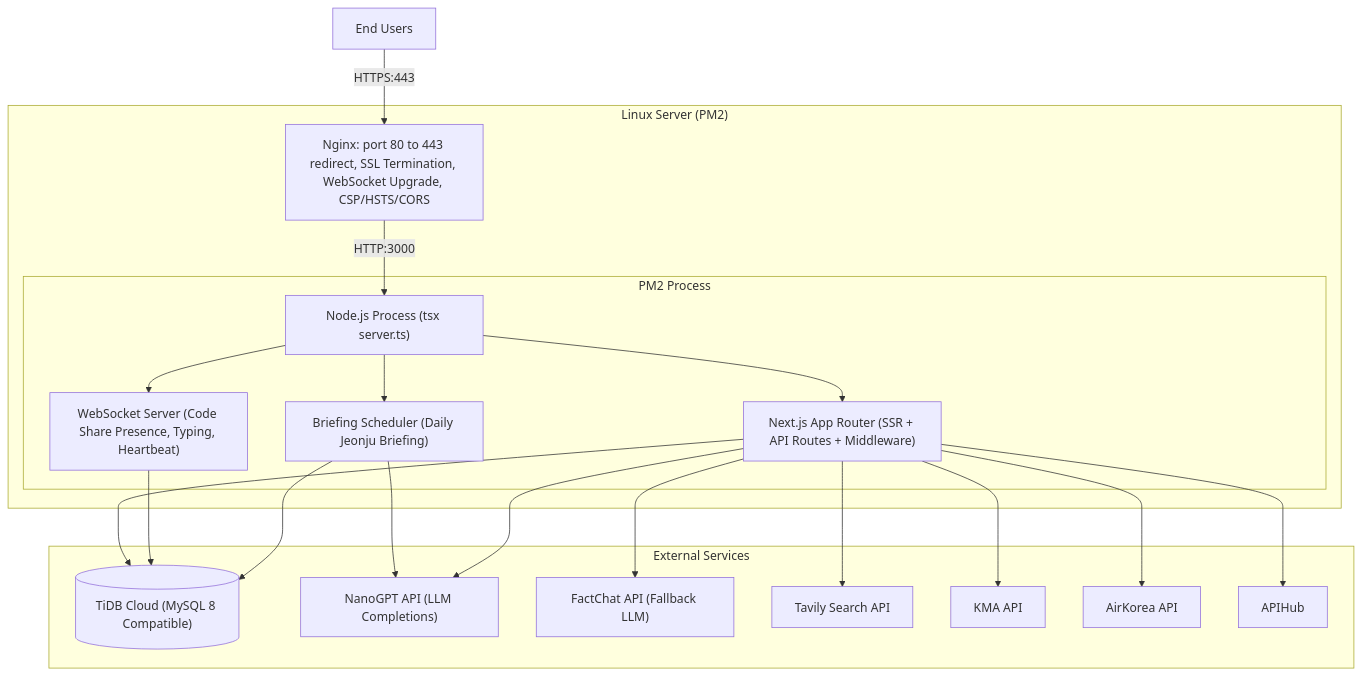
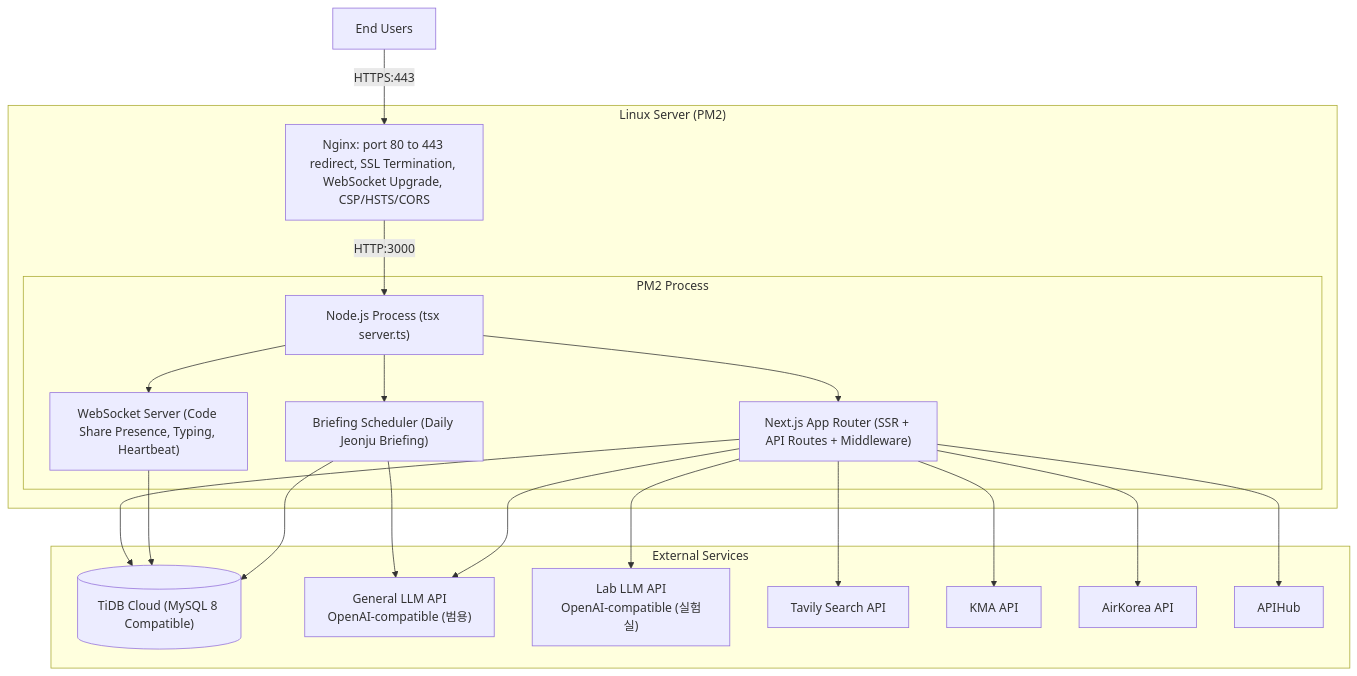
Diagram 14 of 17 in docs/ARCHITECTURE_UML.md (kim0040/Nadeulhae), drawn with Mermaid before and after one commit. The commit also changed other lines of this file and 28 other files, not shown here.

First line of the commit message:
refactor: split LLM into general-llm and lab-llm with OpenAI-compatible core

````diff
--- a/docs/ARCHITECTURE_UML.md
+++ b/docs/ARCHITECTURE_UML.md
@@ -1245,42 +1244,42 @@
 ```mermaid
 graph TB
     USERS["End Users"]
 
     subgraph Server["Linux Server (PM2)"]
         NGINX["Nginx: port 80 to 443 redirect, SSL Termination, WebSocket Upgrade, CSP/HSTS/CORS"]
 
         subgraph PM2["PM2 Process"]
             NODE["Node.js Process (tsx server.ts)"]
             NEXT["Next.js App Router (SSR + API Routes + Middleware)"]
             WS["WebSocket Server (Code Share Presence, Typing, Heartbeat)"]
             SCHEDULER["Briefing Scheduler (Daily Jeonju Briefing)"]
             
             NODE --> NEXT
             NODE --> WS
             NODE --> SCHEDULER
         end
     end
 
     subgraph External["External Services"]
         DB[("TiDB Cloud (MySQL 8 Compatible)")]
-        NANOGPT_EXT["NanoGPT API (LLM Completions)"]
-        FACTCHAT_EXT["FactChat API (Fallback LLM)"]
+        GENERAL_LLM_EXT["General LLM API<br/>OpenAI-compatible (범용)"]
+        LAB_LLM_EXT["Lab LLM API<br/>OpenAI-compatible (실험실)"]
         TAVILY_EXT["Tavily Search API"]
         KMA_EXT["KMA API"]
         AIR_EXT["AirKorea API"]
         APIHUB_EXT["APIHub"]
     end
 
     USERS -- "HTTPS:443" --> NGINX
     NGINX -- "HTTP:3000" --> NODE
     NEXT --> DB
     WS --> DB
-    SCHEDULER --> NANOGPT_EXT
+    SCHEDULER --> GENERAL_LLM_EXT
     SCHEDULER --> DB
-    NEXT --> NANOGPT_EXT
-    NEXT --> FACTCHAT_EXT
+    NEXT --> GENERAL_LLM_EXT
+    NEXT --> LAB_LLM_EXT
     NEXT --> TAVILY_EXT
     NEXT --> KMA_EXT
     NEXT --> AIR_EXT
     NEXT --> APIHUB_EXT
 ```
````
